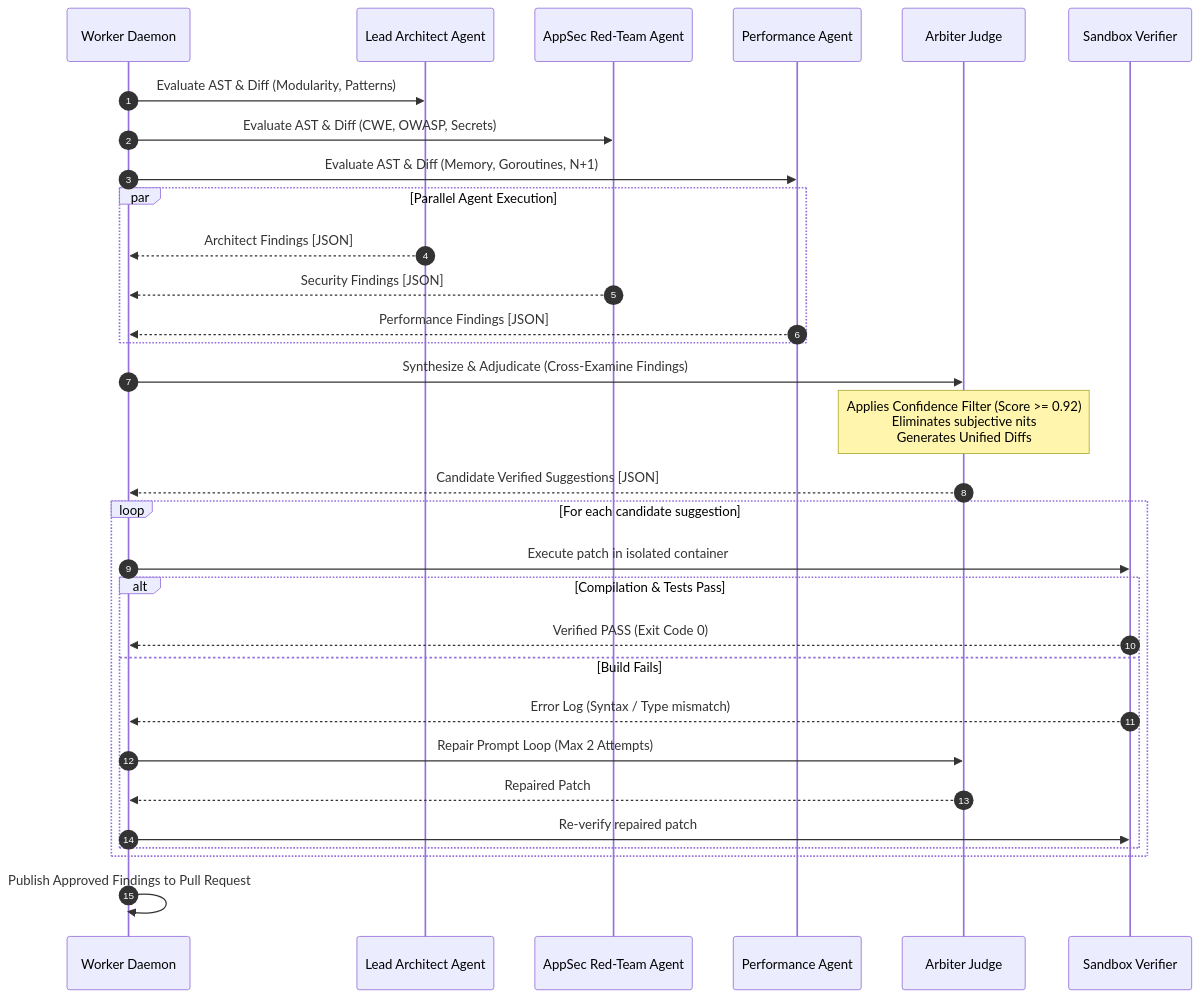
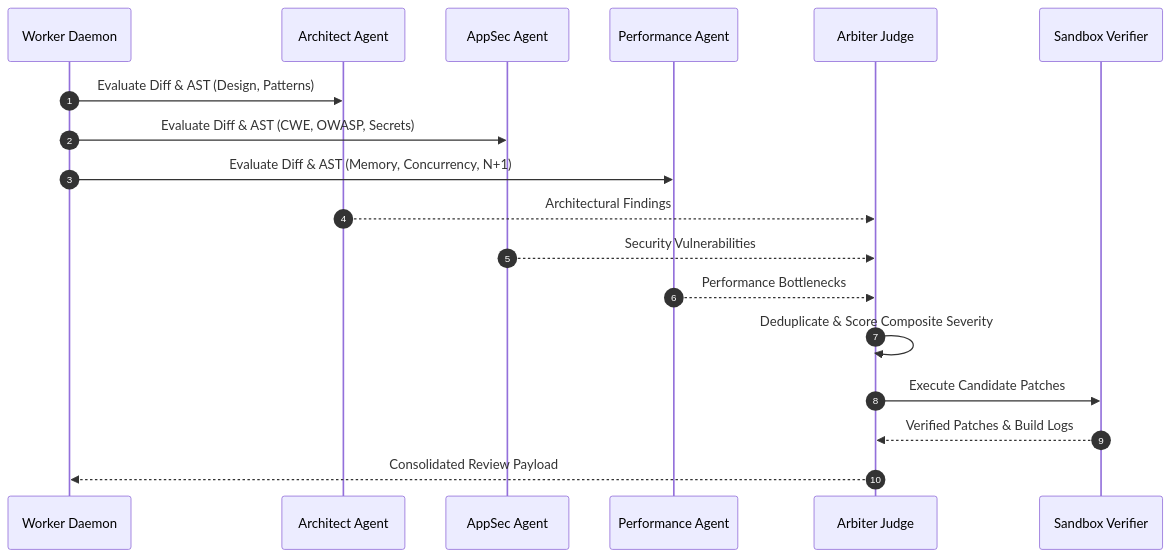
The second of 2 diagrams in docs/enterprise/TRD.md (Santosh-Prasad-Verma/ScanDrix), drawn with Mermaid before and after one commit. The commit also changed other lines of this file and 349 other files, not shown here.

````diff
--- a/docs/enterprise/TRD.md
+++ b/docs/enterprise/TRD.md
@@ -88,38 +91,23 @@
 ```mermaid
 sequenceDiagram
     autonumber
     participant W as Worker Daemon
-    participant A as Lead Architect Agent
-    participant S as AppSec Red-Team Agent
+    participant A as Architect Agent
+    participant S as AppSec Agent
     participant P as Performance Agent
     participant J as Arbiter Judge
     participant SB as Sandbox Verifier
 
-    W->>A: Evaluate AST & Diff (Modularity, Patterns)
-    W->>S: Evaluate AST & Diff (CWE, OWASP, Secrets)
-    W->>P: Evaluate AST & Diff (Memory, Goroutines, N+1)
+    W->>A: Evaluate Diff & AST (Design, Patterns)
+    W->>S: Evaluate Diff & AST (CWE, OWASP, Secrets)
+    W->>P: Evaluate Diff & AST (Memory, Concurrency, N+1)
     
-    par Parallel Agent Execution
-        A-->>W: Architect Findings [JSON]
-        S-->>W: Security Findings [JSON]
-        P-->>W: Performance Findings [JSON]
-    end
-
-    W->>J: Synthesize & Adjudicate (Cross-Examine Findings)
-    Note over J: Applies Confidence Filter (Score >= 0.92)<br/>Eliminates subjective nits<br/>Generates Unified Diffs
-    J-->>W: Candidate Verified Suggestions [JSON]
-
-    loop For each candidate suggestion
-        W->>SB: Execute patch in isolated container
-        alt Compilation & Tests Pass
-            SB-->>W: Verified PASS (Exit Code 0)
-        else Build Fails
-            SB-->>W: Error Log (Syntax / Type mismatch)
-            W->>J: Repair Prompt Loop (Max 2 Attempts)
-            J-->>W: Repaired Patch
-            W->>SB: Re-verify repaired patch
-        end
-    end
-
-    W->>W: Publish Approved Findings to Pull Request
+    A-->>J: Architectural Findings
+    S-->>J: Security Vulnerabilities
+    P-->>J: Performance Bottlenecks
+    
+    J->>J: Deduplicate & Score Composite Severity
+    J->>SB: Execute Candidate Patches
+    SB-->>J: Verified Patches & Build Logs
+    J-->>W: Consolidated Review Payload
 ```
````
